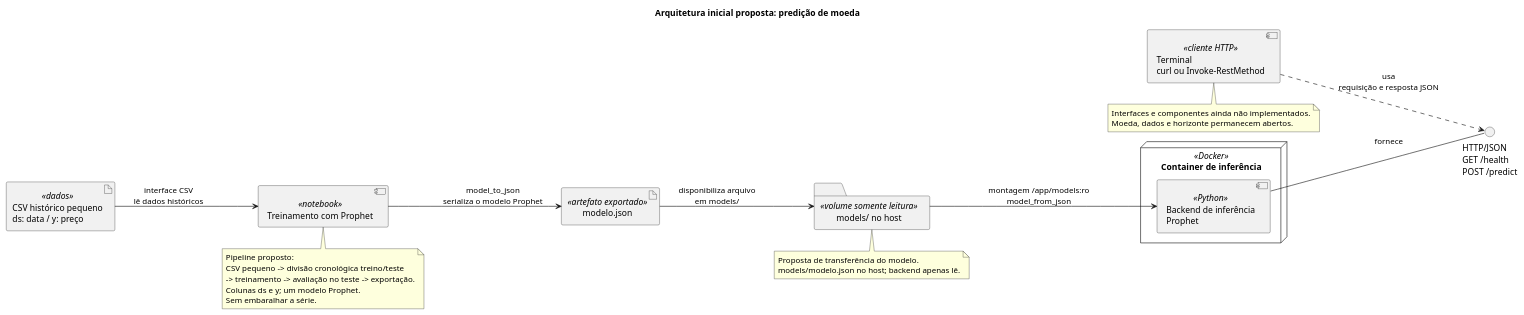
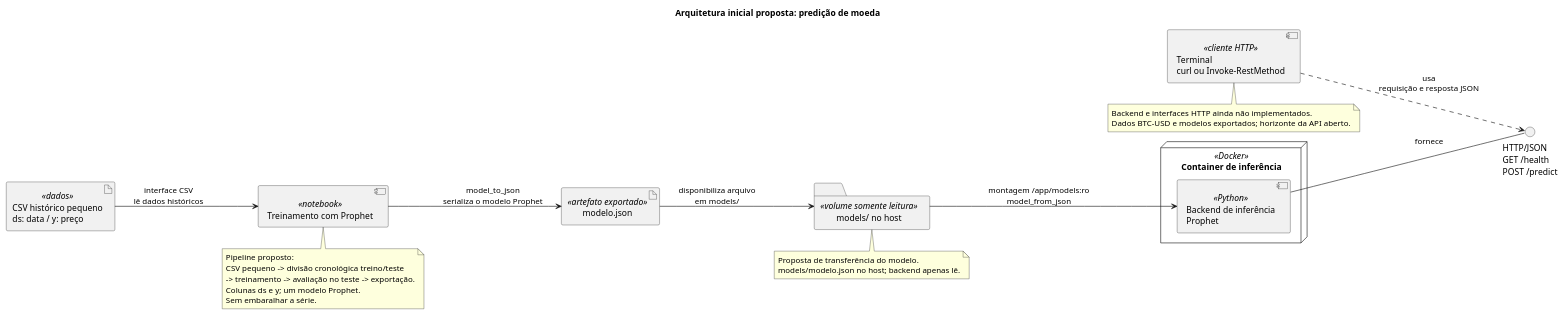
The diagram in docs/arquitetura.puml (C-Icaro/ponderada-m7-predicao-moeda), drawn with PlantUML before and after one commit. The commit also changed 20 other files, not shown here.

```diff
--- a/docs/arquitetura.puml
+++ b/docs/arquitetura.puml
@@ -1,43 +1,43 @@
 @startuml
 title Arquitetura inicial proposta: predição de moeda
 left to right direction
 skinparam componentStyle uml2
 skinparam shadowing false
 
 artifact "CSV histórico pequeno\nds: data / y: preço" as Csv <<dados>>
 component "Treinamento com Prophet" as Training <<notebook>>
 artifact "modelo.json" as Model <<artefato exportado>>
 folder "models/ no host" as ModelsVolume <<volume somente leitura>>
 
 node "Container de inferência" as InferenceContainer <<Docker>> {
   component "Backend de inferência\nProphet" as Backend <<Python>>
 }
 
 interface "HTTP/JSON\nGET /health\nPOST /predict" as HttpApi
 component "Terminal\ncurl ou Invoke-RestMethod" as Client <<cliente HTTP>>
 
 Csv --> Training : interface CSV\nlê dados históricos
 Training --> Model : model_to_json\nserializa o modelo Prophet
 Model --> ModelsVolume : disponibiliza arquivo\nem models/
 ModelsVolume --> Backend : montagem /app/models:ro\nmodel_from_json
 Backend -- HttpApi : fornece
 Client ..> HttpApi : usa\nrequisição e resposta JSON
 
 note bottom of Training
   Pipeline proposto:
   CSV pequeno -> divisão cronológica treino/teste
   -> treinamento -> avaliação no teste -> exportação.
   Colunas ds e y; um modelo Prophet.
   Sem embaralhar a série.
 end note
 
 note bottom of ModelsVolume
   Proposta de transferência do modelo.
   models/modelo.json no host; backend apenas lê.
 end note
 
 note bottom of Client
-  Interfaces e componentes ainda não implementados.
-  Moeda, dados e horizonte permanecem abertos.
+  Backend e interfaces HTTP ainda não implementados.
+  Dados BTC-USD e modelos exportados; horizonte da API aberto.
 end note
 @enduml
```
